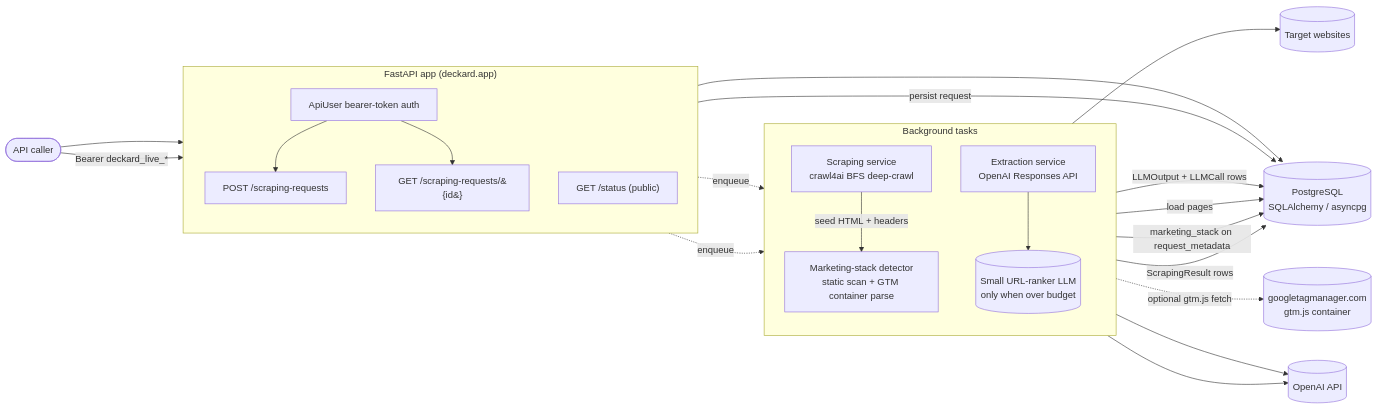
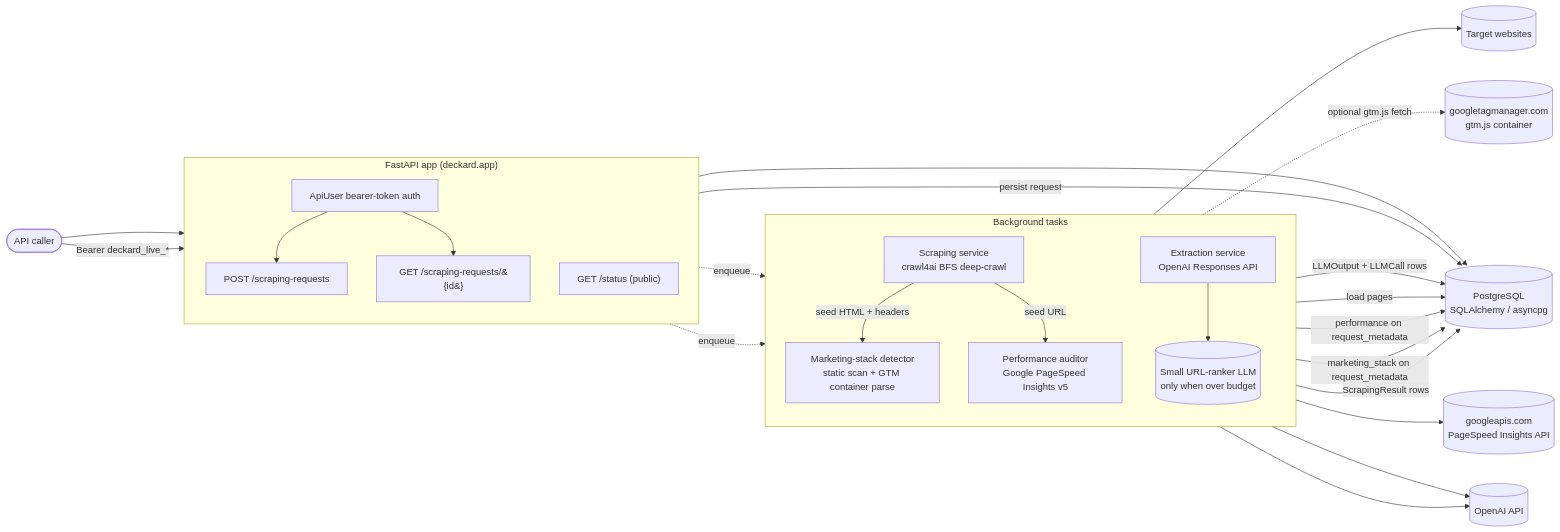
One commit to adlume-service/deckard changed the first of 5 diagrams in README.md. Above: the diagram before and after it, drawn with Mermaid. The commit also changed other lines of this file and 11 other files, not shown here.

Commit message:
Add Google PageSpeed Insights enrichment with header auth and retry

````diff
--- a/README.md
+++ b/README.md
@@ -23,48 +26,53 @@
 ```mermaid
 flowchart LR
     Caller([API caller])
 
     subgraph FastAPI["FastAPI app (deckard.app)"]
         direction TB
         Auth[ApiUser bearer-token auth]
         EP_POST["POST /scraping-requests"]
         EP_GET["GET /scraping-requests/&#123;id&#125;"]
         EP_STATUS["GET /status (public)"]
     end
 
     subgraph BG["Background tasks"]
         direction TB
         Scraper[Scraping service<br/>crawl4ai BFS deep-crawl]
         Detector[Marketing-stack detector<br/>static scan + GTM container parse]
+        PerfAudit[Performance auditor<br/>Google PageSpeed Insights v5]
         Extractor[Extraction service<br/>OpenAI Responses API]
         Ranker[(Small URL-ranker LLM<br/>only when over budget)]
     end
 
     DB[(PostgreSQL<br/>SQLAlchemy / asyncpg)]
     Web[(Target websites)]
     GTM[(googletagmanager.com<br/>gtm.js container)]
+    PSI[(googleapis.com<br/>PageSpeed Insights API)]
     OAI[(OpenAI API)]
 
     Caller -->|Bearer deckard_live_*| Auth
     Auth --> EP_POST
     Auth --> EP_GET
     Caller --> EP_STATUS
 
     EP_POST -->|persist request| DB
     EP_POST -.->|enqueue| Scraper
     EP_POST -.->|enqueue| Extractor
 
     Scraper --> Web
     Scraper -->|ScrapingResult rows| DB
     Scraper -->|seed HTML + headers| Detector
     Detector -.->|optional gtm.js fetch| GTM
     Detector -->|marketing_stack on request_metadata| DB
+    Scraper -->|seed URL| PerfAudit
+    PerfAudit --> PSI
+    PerfAudit -->|performance on request_metadata| DB
 
     Extractor -->|load pages| DB
     Extractor --> Ranker
     Ranker --> OAI
     Extractor --> OAI
     Extractor -->|LLMOutput + LLMCall rows| DB
 
     EP_GET --> DB
 ```
````
